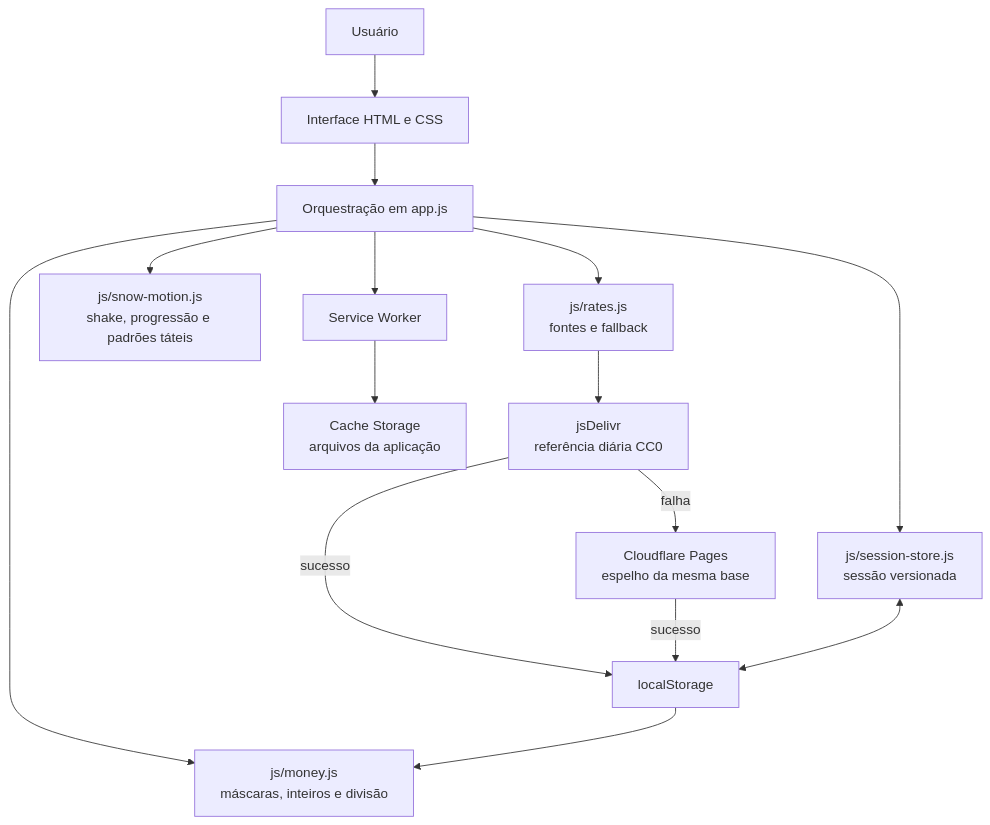
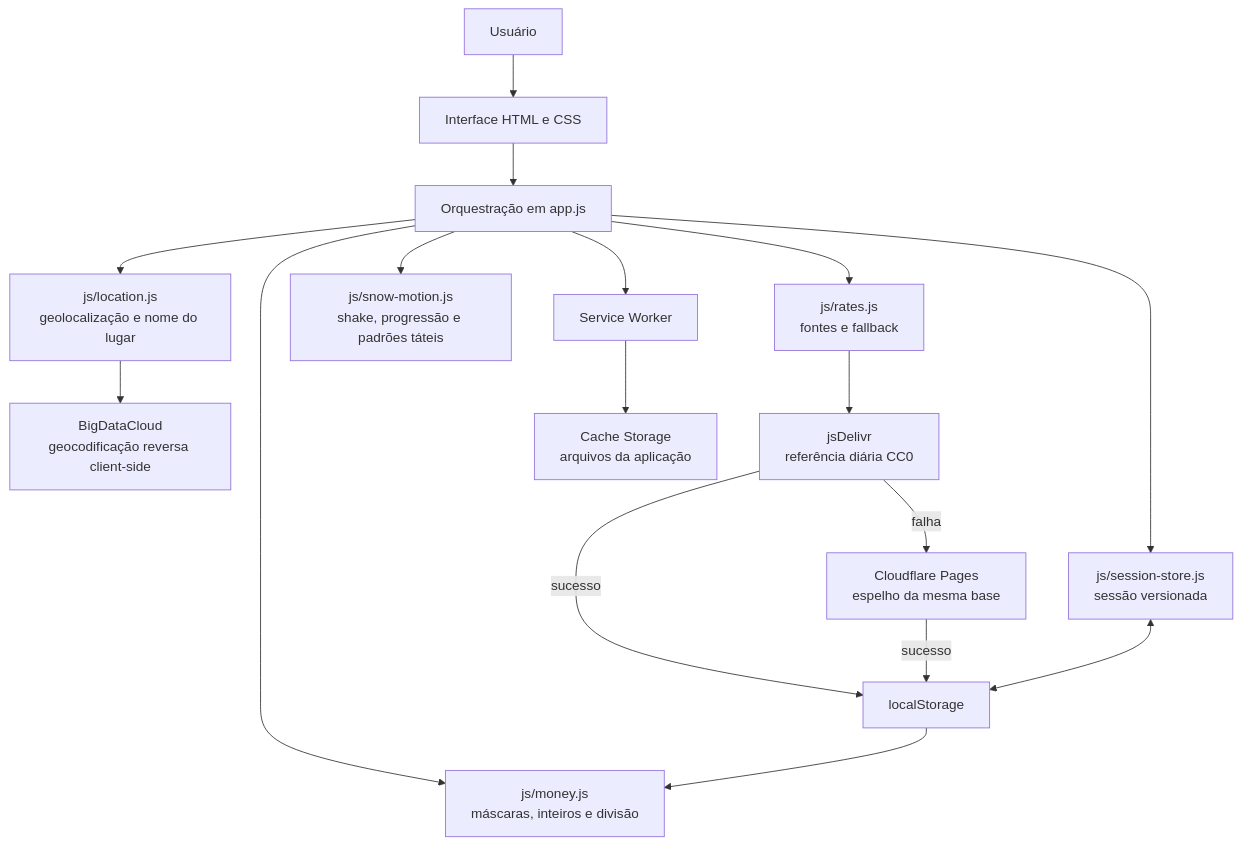
The diagram in README.md (rgjuni0r/conversor-clp-brl), drawn with Mermaid before and after one commit. The commit also changed other lines of this file and 6 other files, not shown here.

````diff
--- a/README.md
+++ b/README.md
@@ -77,17 +78,19 @@
 ```mermaid
 flowchart TD
     U[Usuário] --> UI[Interface HTML e CSS]
     UI --> APP[Orquestração em app.js]
     APP --> MONEY[js/money.js<br/>máscaras, inteiros e divisão]
     APP --> SESSION[js/session-store.js<br/>sessão versionada]
     APP --> RATES[js/rates.js<br/>fontes e fallback]
+    APP --> LOCATION[js/location.js<br/>geolocalização e nome do lugar]
     APP --> MOTION[js/snow-motion.js<br/>shake, progressão e padrões táteis]
+    LOCATION --> BDC[BigDataCloud<br/>geocodificação reversa client-side]
     RATES --> PRIMARY[jsDelivr<br/>referência diária CC0]
     PRIMARY -->|sucesso| STORE[localStorage]
     PRIMARY -->|falha| FALLBACK[Cloudflare Pages<br/>espelho da mesma base]
     FALLBACK -->|sucesso| STORE
     SESSION <--> STORE
     STORE --> MONEY
     APP --> SW[Service Worker]
     SW --> CACHE[Cache Storage<br/>arquivos da aplicação]
 ```
````
